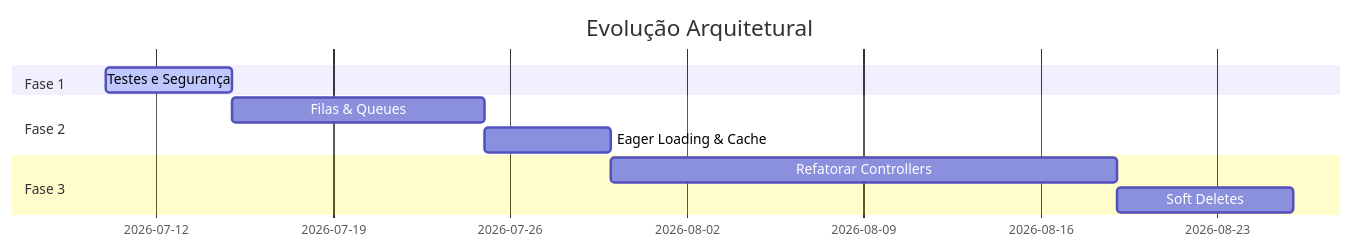
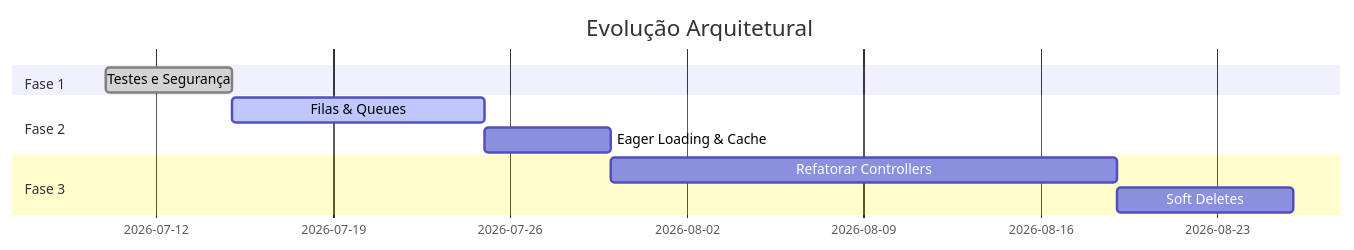
Before and after one commit to filipeive/proj_edificar: the diagram in docs/35-roadmap.md, drawn with Mermaid. The commit also changed other lines of this file and 24 other files, not shown here.

````diff
--- a/docs/35-roadmap.md
+++ b/docs/35-roadmap.md
@@ -37,13 +37,13 @@
 ```mermaid
 gantt
     title Evolução Arquitetural
     dateFormat  YYYY-MM-DD
     section Fase 1
-    Testes e Segurança      :active, a1, 2026-07-10, 5d
+    Testes e Segurança      :done, a1, 2026-07-10, 5d
     section Fase 2
-    Filas & Queues          :after a1, 10d
+    Filas & Queues          :active, after a1, 10d
     Eager Loading & Cache   : 5d
     section Fase 3
     Refatorar Controllers   :20d
     Soft Deletes            :7d
 ```
````
